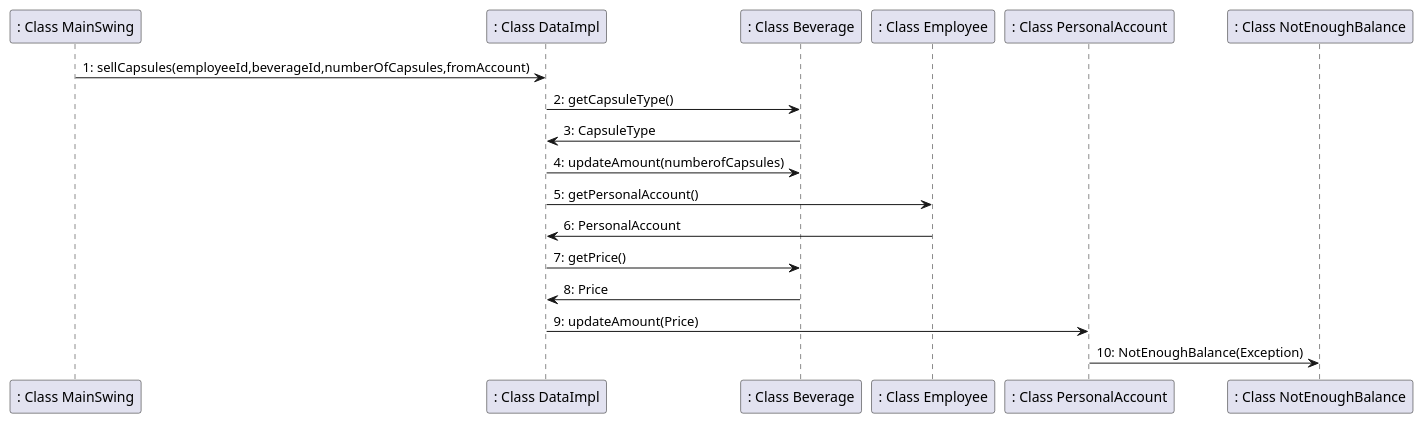
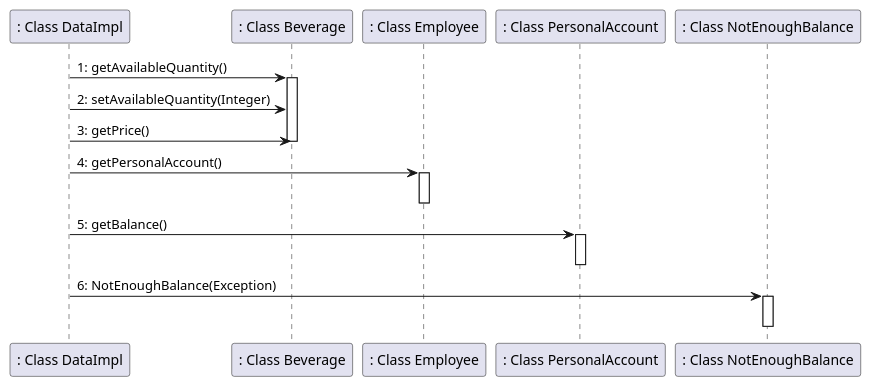
The seventh of 7 diagrams in templates/DesignDocumentTemplate.md (salvatore-dimartino/LaTazza), drawn with PlantUML before and after one commit.

````diff
--- a/templates/DesignDocumentTemplate.md
+++ b/templates/DesignDocumentTemplate.md
@@ -455,12 +455,16 @@
 ```plantuml
-": Class MainSwing" -> ": Class DataImpl": 1: sellCapsules(employeeId,beverageId,numberOfCapsules,fromAccount)
-": Class DataImpl" -> ": Class Beverage": 2: getCapsuleType()
-": Class Beverage" -> ": Class DataImpl": 3: CapsuleType
-": Class DataImpl" -> ": Class Beverage": 4: updateAmount(numberofCapsules)
-": Class DataImpl" -> ": Class Employee": 5: getPersonalAccount()
-": Class Employee" -> ": Class DataImpl": 6: PersonalAccount
-": Class DataImpl" -> ": Class Beverage": 7: getPrice()
-": Class Beverage" -> ": Class DataImpl": 8: Price
-": Class DataImpl" -> ": Class PersonalAccount": 9: updateAmount(Price)
-": Class PersonalAccount" -> ": Class NotEnoughBalance": 10: NotEnoughBalance(Exception)
+": Class DataImpl" -> ": Class Beverage": 1: getAvailableQuantity()
+activate ": Class Beverage"
+": Class DataImpl" -> ": Class Beverage": 2: setAvailableQuantity(Integer)
+": Class DataImpl" -> ": Class Beverage": 3: getPrice()
+deactivate ": Class Beverage"
+": Class DataImpl" -> ": Class Employee": 4: getPersonalAccount()
+activate ": Class Employee"
+deactivate ": Class Employee"
+": Class DataImpl" -> ": Class PersonalAccount": 5: getBalance()
+activate ": Class PersonalAccount"
+deactivate ": Class PersonalAccount"
+": Class DataImpl" -> ": Class NotEnoughBalance": 6: NotEnoughBalance(Exception)
+activate ": Class NotEnoughBalance"
+deactivate ": Class NotEnoughBalance"
 ```
````
